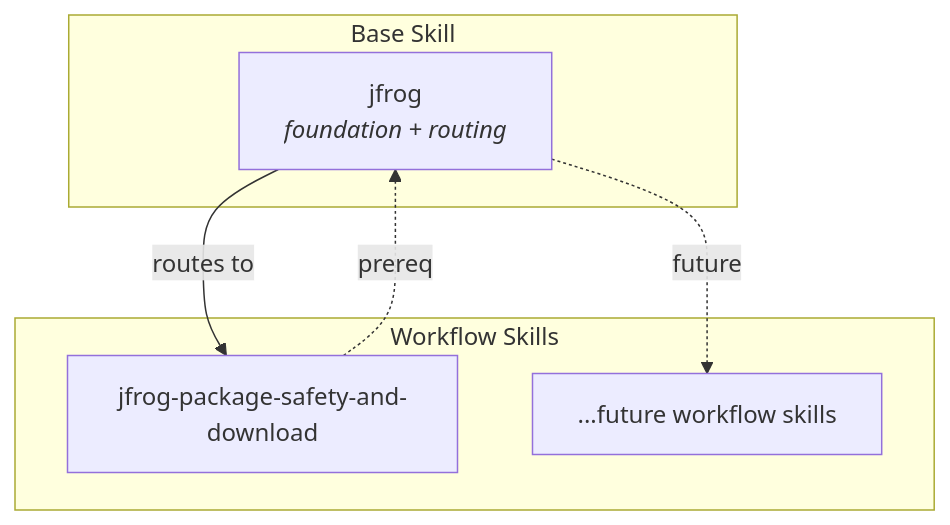
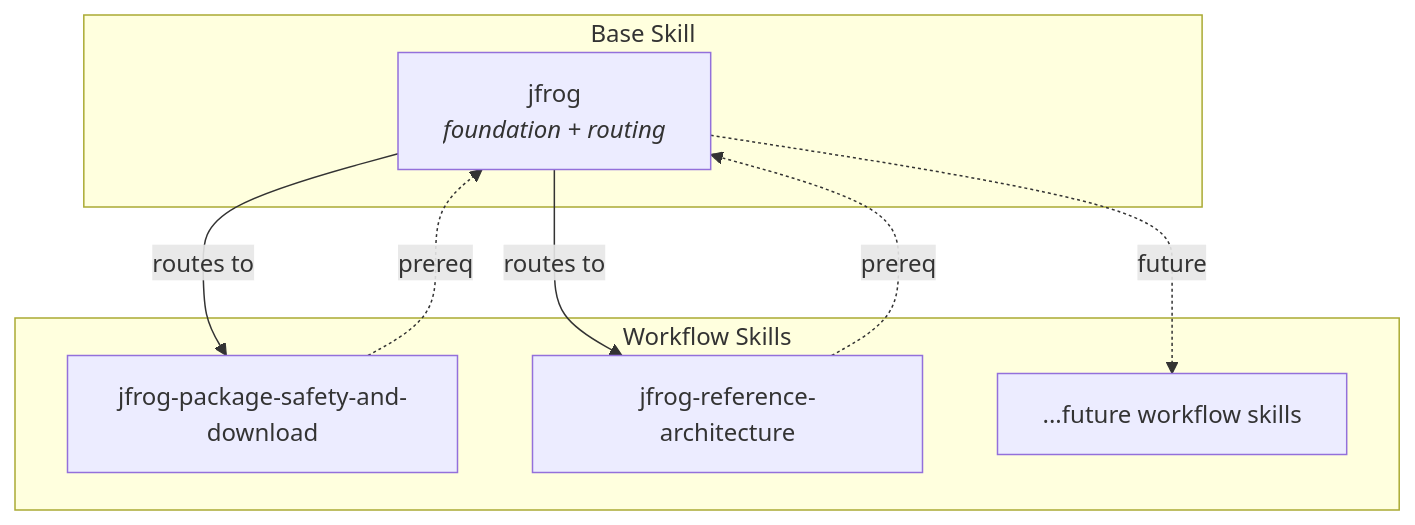
The first of 2 diagrams in ARCHITECTURE.md (jfrog/jfrog-skills), drawn with Mermaid before and after one commit. The commit also changed other lines of this file and 7 other files, not shown here.

Commit message:
Add skill for JFrog Reference Architecture topics and questions

````diff
--- a/ARCHITECTURE.md
+++ b/ARCHITECTURE.md
@@ -9,15 +9,18 @@
 ```mermaid
 flowchart TD
     subgraph base ["Base Skill"]
         JF["jfrog<br/><i>foundation + routing</i>"]
     end
 
     subgraph workflows ["Workflow Skills"]
         PS["jfrog-package-safety-and-download"]
+        RA["jfrog-reference-architecture"]
         Future["...future workflow skills"]
     end
 
     JF -->|"routes to"| PS
+    JF -->|"routes to"| RA
     JF -.->|"future"| Future
     PS -.->|"prereq"| JF
+    RA -.->|"prereq"| JF
 ```
````
